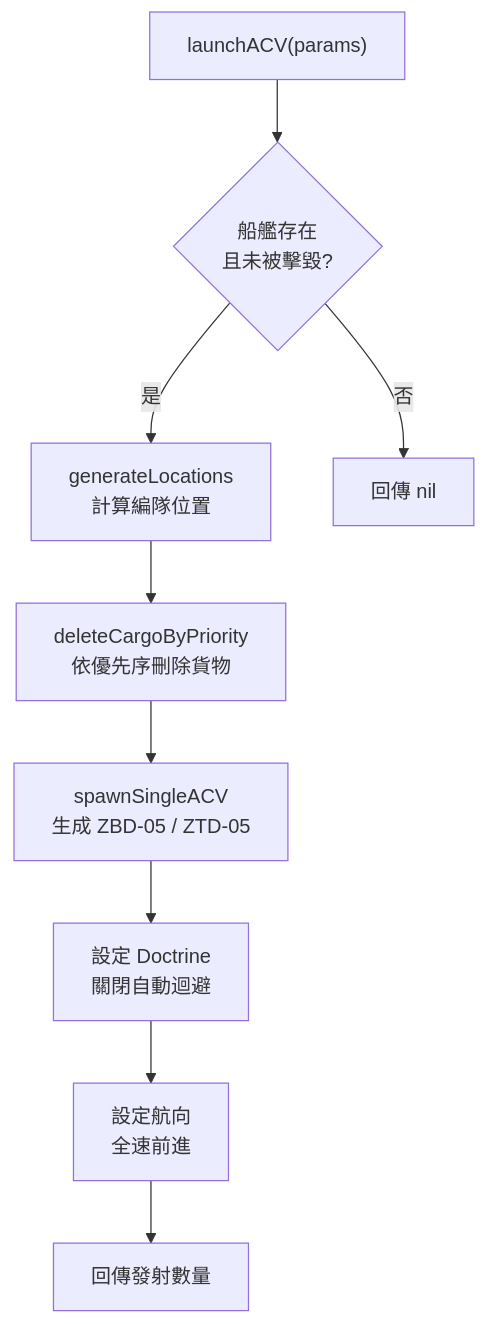
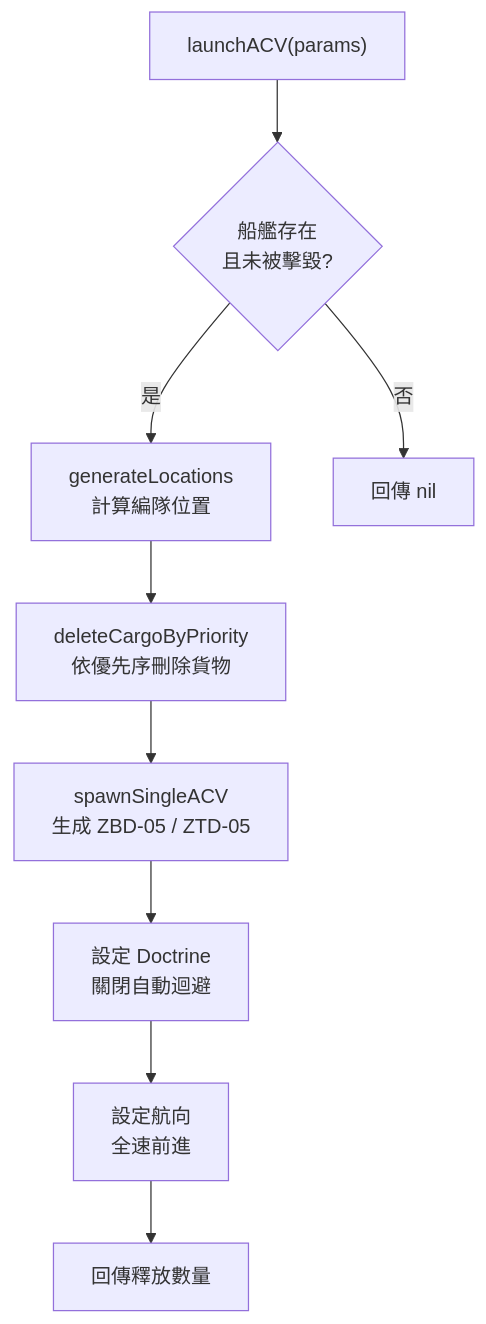
One commit to pullupjumper/formosa-in-flames changed the first of 2 diagrams in docs/landingOps/amphibiousAssault.md. Above: the diagram before and after it, drawn with Mermaid. The commit also changed other lines of this file and 15 other files, not shown here.

First line of the commit message:
refactor(landing-ops): restructure amphibious operations config schema and flatten data hierarchy

````diff
--- a/docs/landingOps/amphibiousAssault.md
+++ b/docs/landingOps/amphibiousAssault.md
@@ -25,15 +25,15 @@
 ```mermaid
 flowchart TD
     START["launchACV(params)"]
     CHECK{船艦存在<br>且未被擊毀?}
     LOCS["generateLocations<br>計算編隊位置"]
     DELETE["deleteCargoByPriority<br>依優先序刪除貨物"]
     SPAWN["spawnSingleACV<br>生成 ZBD-05 / ZTD-05"]
     DOCTRINE["設定 Doctrine<br>關閉自動迴避"]
     COURSE["設定航向<br>全速前進"]
-    COUNT["回傳發射數量"]
+    COUNT["回傳釋放數量"]
 
     START --> CHECK
     CHECK -->|否| RETURN_NIL["回傳 nil"]
     CHECK -->|是| LOCS --> DELETE --> SPAWN --> DOCTRINE --> COURSE --> COUNT
 ```
````
